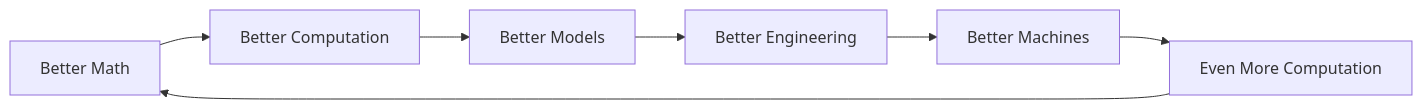
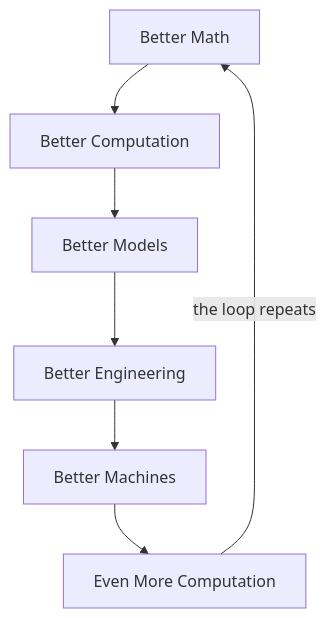
One commit to runmat-org/runmat changed the diagram in website/content/blog/introducing-runmat-cloud.md. Above: the diagram before and after it, drawn with Mermaid. The commit also changed other lines of this file, not shown here.

Commit message:
Update blog post on RunMat Cloud to improve clarity and enhance user accessibility
- Changed the diagram layout from LR to TD for better visual flow and understanding.
- Updated the concluding statement to emphasize that the same runtime is accessible to all users, regardless of licensing, enhancing inclusivity.

````diff
--- a/website/content/blog/introducing-runmat-cloud.md
+++ b/website/content/blog/introducing-runmat-cloud.md
@@ -81,9 +81,9 @@
 ```mermaid
-graph LR
-    BetterMath[Better Math] --> BetterComputation[Better Computation]
-    BetterComputation --> BetterModels[Better Models]
-    BetterModels --> BetterEngineering[Better Engineering]
-    BetterEngineering --> BetterMachines[Better Machines]
-    BetterMachines --> EvenMoreComputation[Even More Computation]
-    EvenMoreComputation --> BetterMath
+graph TD
+    BetterMath["Better Math"] --> BetterComputation["Better Computation"]
+    BetterComputation --> BetterModels["Better Models"]
+    BetterModels --> BetterEngineering["Better Engineering"]
+    BetterEngineering --> BetterMachines["Better Machines"]
+    BetterMachines --> EvenMoreComputation["Even More Computation"]
+    EvenMoreComputation -->|"the loop repeats"| BetterMath
 ```
````
